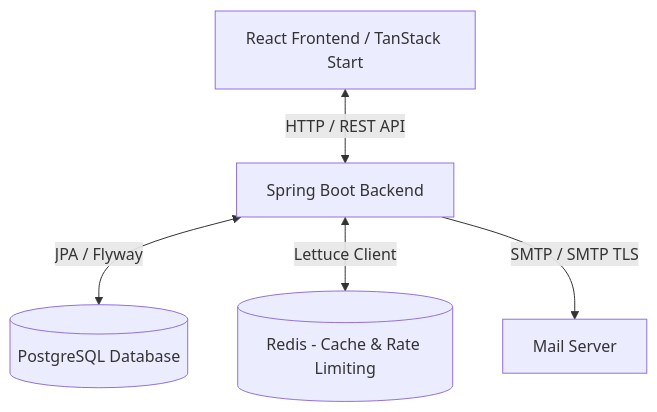
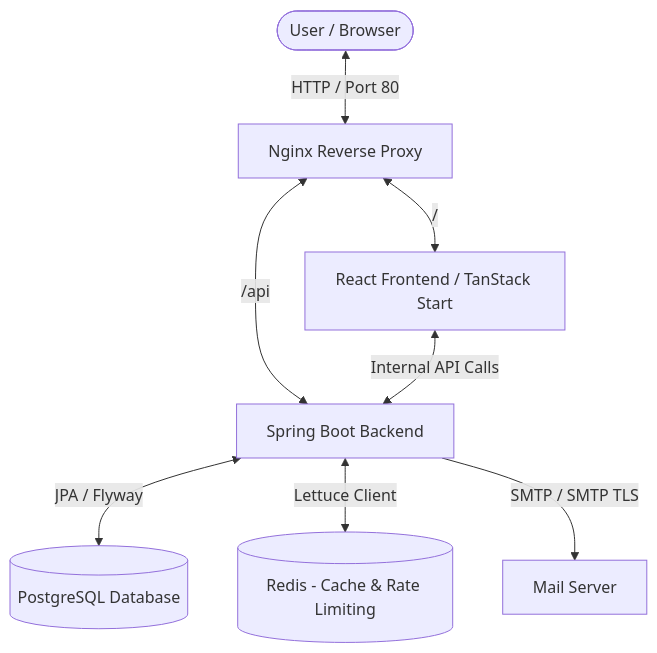
The diagram in README.md (Meet-08/code_vault), drawn with Mermaid before and after one commit. The commit also changed other lines of this file and 1 other file, not shown here.

Commit message:
docs: add GitOps deployment documentation and integrate Nginx reverse proxy architecture updates

````diff
--- a/README.md
+++ b/README.md
@@ -11,7 +11,10 @@
 ```mermaid
 graph TD
-    Client[React Frontend / TanStack Start] <-->|HTTP / REST API| Server[Spring Boot Backend]
-    Server <-->|JPA / Flyway| DB[(PostgreSQL Database)]
-    Server <-->|Lettuce Client| Redis[(Redis - Cache & Rate Limiting)]
-    Server -->|SMTP / SMTP TLS| SMTP[Mail Server]
+    User([User / Browser]) <-->|HTTP / Port 80| Nginx[Nginx Reverse Proxy]
+    Nginx <-->|/| Frontend[React Frontend / TanStack Start]
+    Nginx <-->|/api| Backend[Spring Boot Backend]
+    Frontend <-->|Internal API Calls| Backend
+    Backend <-->|JPA / Flyway| DB[(PostgreSQL Database)]
+    Backend <-->|Lettuce Client| Redis[(Redis - Cache & Rate Limiting)]
+    Backend -->|SMTP / SMTP TLS| SMTP[Mail Server]
 ```
````
